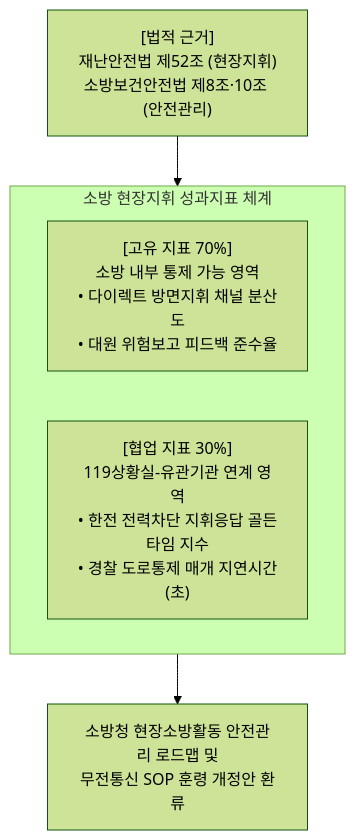
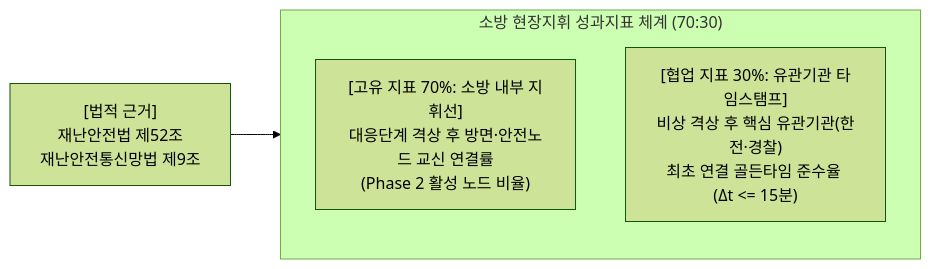
Before and after one commit to skang88/SNA: the fifth of 5 diagrams in 소방_SNA_수업_연구계획서.md, drawn with Mermaid (forest theme). The commit also changed other lines of this file and 11 other files, not shown here.

````diff
--- a/소방_SNA_수업_연구계획서.md
+++ b/소방_SNA_수업_연구계획서.md
@@ -191,11 +167,9 @@
 ```mermaid
-flowchart TD
-    Law["[법적 근거]<br/>재난안전법 제52조 (현장지휘)<br/>소방보건안전법 제8조·10조 (안전관리)"] --> KPI
+flowchart LR
+    Law["[법적 근거]<br/>재난안전법 제52조<br/>재난안전통신망법 제9조"] --> KPI
 
-    subgraph KPI["소방 현장지휘 성과지표 체계"]
-        K1["[고유 지표 70%]<br/>소방 내부 통제 가능 영역<br/>• 다이렉트 방면지휘 채널 분산도<br/>• 대원 위험보고 피드백 준수율"]
-        K2["[협업 지표 30%]<br/>119상황실-유관기관 연계 영역<br/>• 한전 전력차단 지휘응답 골든타임 지수<br/>• 경찰 도로통제 매개 지연시간(초)"]
+    subgraph KPI["소방 현장지휘 성과지표 체계 (70:30)"]
+        K1["[고유 지표 70%: 소방 내부 지휘선]<br/>대응단계 격상 후 방면·안전노드 교신 연결률<br/>(Phase 2 활성 노드 비율)"]
+        K2["[협업 지표 30%: 유관기관 타임스탬프]<br/>비상 격상 후 핵심 유관기관(한전·경찰)<br/>최초 연결 골든타임 준수율 (Δt <= 15분)"]
     end
-
-    KPI --> SOP["소방청 현장소방활동 안전관리 로드맵 및<br/>무전통신 SOP 훈령 개정안 환류"]
 ```
````
